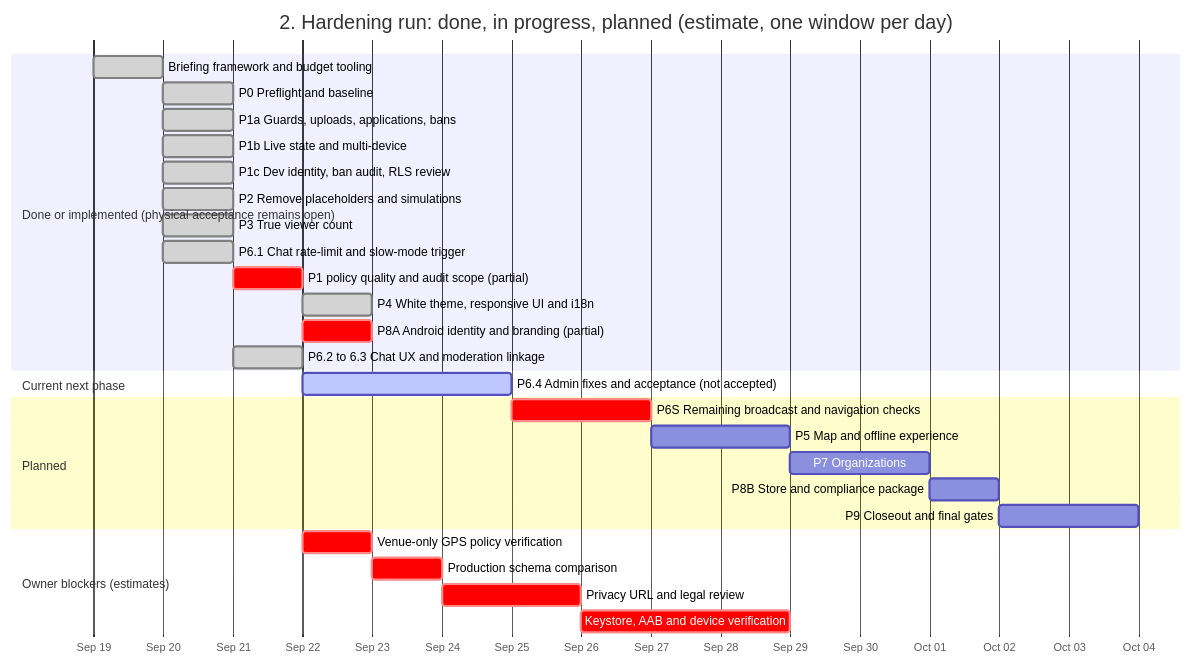
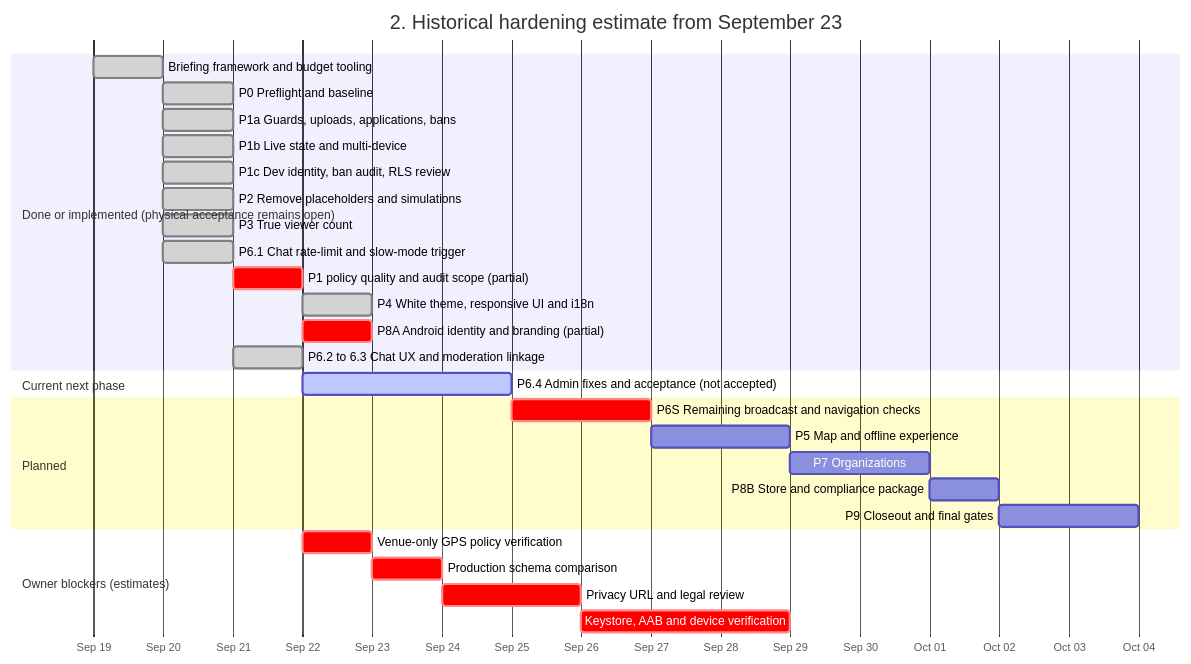
One commit to ameeralhatemi67-debug/Stream_application changed the second of 3 diagrams in Roadmap.md. Above: the diagram before and after it, drawn with Mermaid. The commit also changed other lines of this file and 13 other files, not shown here.

````diff
--- a/Roadmap.md
+++ b/Roadmap.md
@@ -48,33 +75,33 @@
 ```mermaid
 gantt
-    title 2. Hardening run: done, in progress, planned (estimate, one window per day)
+    title 2. Historical hardening estimate from September 23
     dateFormat  YYYY-MM-DD
     axisFormat  %b %d
     tickInterval 1day
     section Done or implemented (physical acceptance remains open)
     Briefing framework and budget tooling       :done, brief, 2026-09-19, 2026-09-20
     P0 Preflight and baseline                   :done, p0, 2026-09-20, 1d
     P1a Guards, uploads, applications, bans     :done, p1a, 2026-09-20, 1d
     P1b Live state and multi-device             :done, p1b, 2026-09-20, 1d
     P1c Dev identity, ban audit, RLS review     :done, p1c, 2026-09-20, 2026-09-21
     P2 Remove placeholders and simulations      :done, p2, 2026-09-20, 2026-09-21
     P3 True viewer count                        :done, p3, 2026-09-20, 2026-09-21
     P6.1 Chat rate-limit and slow-mode trigger  :done, p61, 2026-09-20, 2026-09-21
     P1 policy quality and audit scope (partial) :crit, p1d, 2026-09-21, 1d
     P4 White theme, responsive UI and i18n      :done, p4, 2026-09-22, 1d
     P8A Android identity and branding (partial)  :crit, p8a, 2026-09-22, 1d
     P6.2 to 6.3 Chat UX and moderation linkage  :done, p6a, 2026-09-21, 1d
     section Current next phase
     P6.4 Admin fixes and acceptance (not accepted) :active, p64, 2026-09-22, 3d
     section Planned
     P6S Remaining broadcast and navigation checks :crit, p6s, after p64, 2d
     P5 Map and offline experience                :p5, after p6s, 2d
     P7 Organizations                             :p7, after p5, 2d
     P8B Store and compliance package             :p8b, after p7, 1d
     P9 Closeout and final gates                  :p9, after p8b, 2d
     section Owner blockers (estimates)
     Venue-only GPS policy verification            :crit, gps, 2026-09-22, 1d
     Production schema comparison                 :crit, prod, after gps, 1d
     Privacy URL and legal review                 :crit, legal, after prod, 2d
     Keystore, AAB and device verification        :crit, release, after legal, 3d
 ```
````
